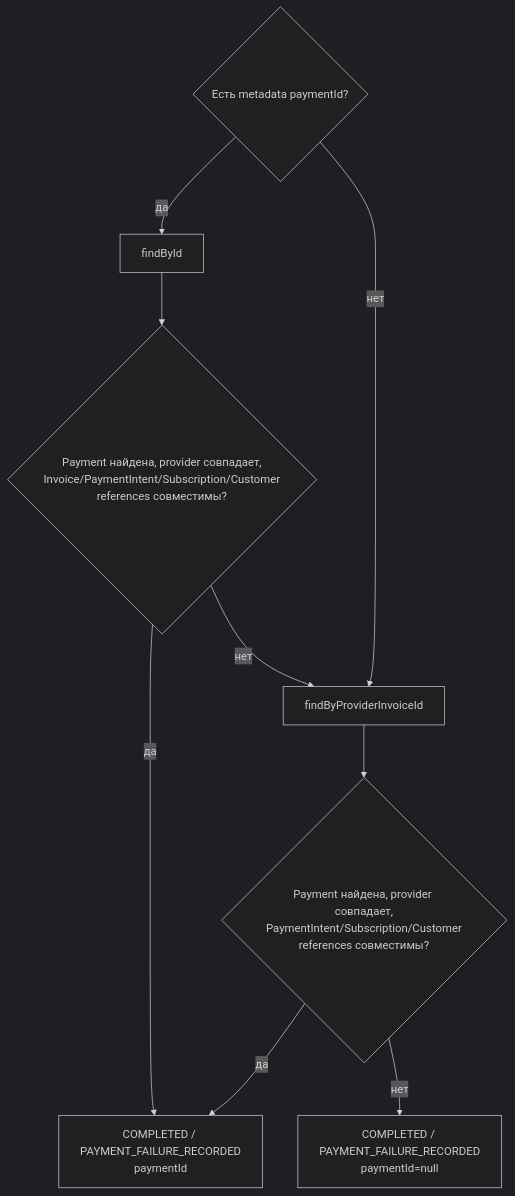
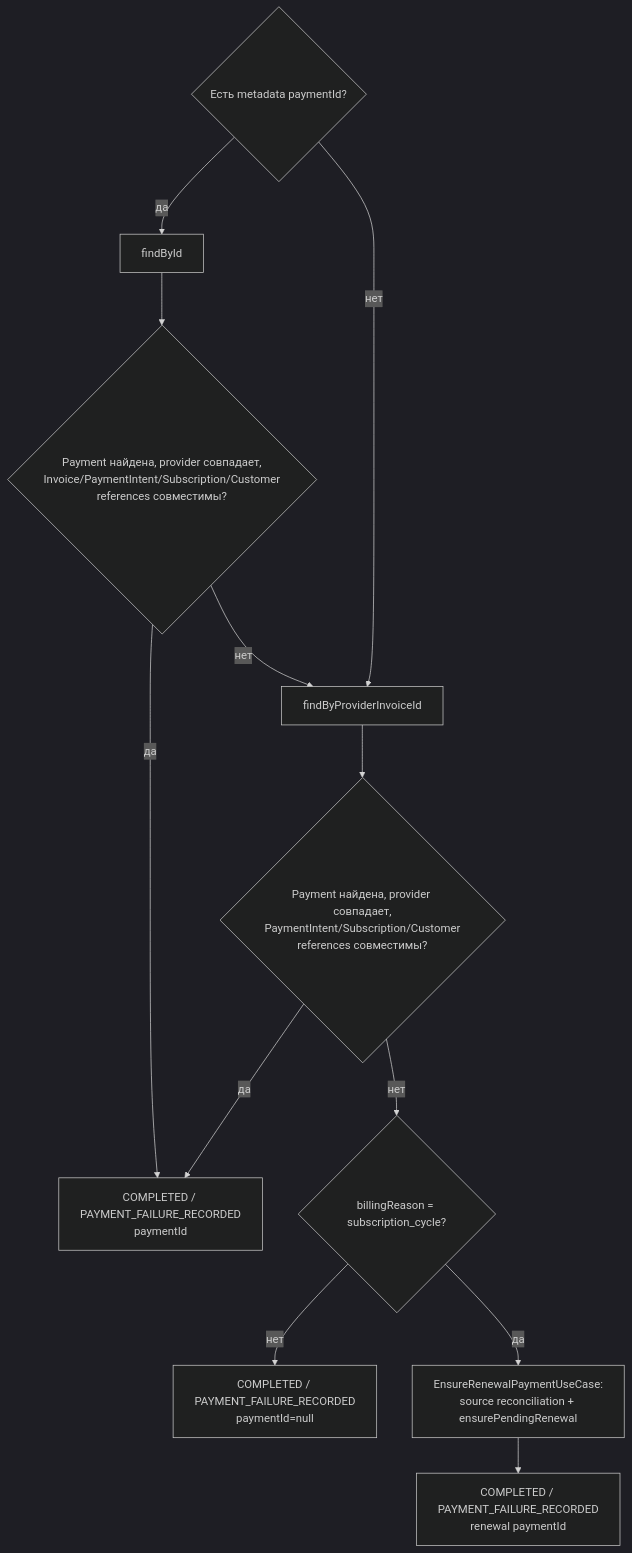
The diagram in docs/payments/architecture/handlers/invoice-payment-failed.md (Inctargam/remarkgram-backend), drawn with Mermaid (dark theme) before and after one commit. The commit also changed other lines of this file and 28 other files, not shown here.

````diff
--- a/docs/payments/architecture/handlers/invoice-payment-failed.md
+++ b/docs/payments/architecture/handlers/invoice-payment-failed.md
@@ -10,11 +10,14 @@
 ```mermaid
 flowchart TD
   I{"Есть metadata paymentId?"} -->|да| M["findById"]
   I -->|нет| F["findByProviderInvoiceId"]
   M --> MC{"Payment найдена, provider совпадает,<br/>Invoice/PaymentIntent/Subscription/Customer<br/>references совместимы?"}
   MC -->|да| OK["COMPLETED / PAYMENT_FAILURE_RECORDED<br/>paymentId"]
   MC -->|нет| F
   F --> FC{"Payment найдена, provider совпадает,<br/>PaymentIntent/Subscription/Customer<br/>references совместимы?"}
   FC -->|да| OK
-  FC -->|нет| NONE["COMPLETED / PAYMENT_FAILURE_RECORDED<br/>paymentId=null"]
+  FC -->|нет| CYCLE{"billingReason = subscription_cycle?"}
+  CYCLE -->|нет| NONE["COMPLETED / PAYMENT_FAILURE_RECORDED<br/>paymentId=null"]
+  CYCLE -->|да| ENSURE["EnsureRenewalPaymentUseCase:<br/>source reconciliation + ensurePendingRenewal"]
+  ENSURE --> REC["COMPLETED / PAYMENT_FAILURE_RECORDED<br/>renewal paymentId"]
 ```
````
